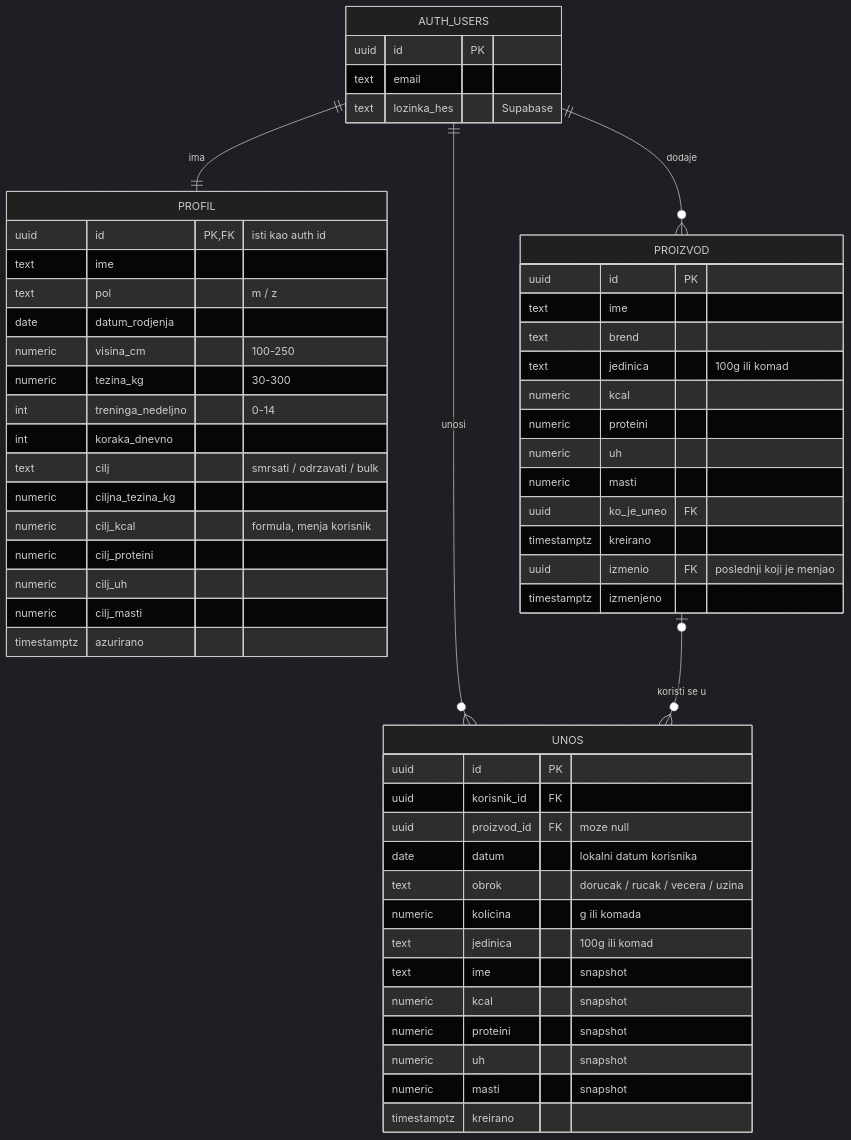
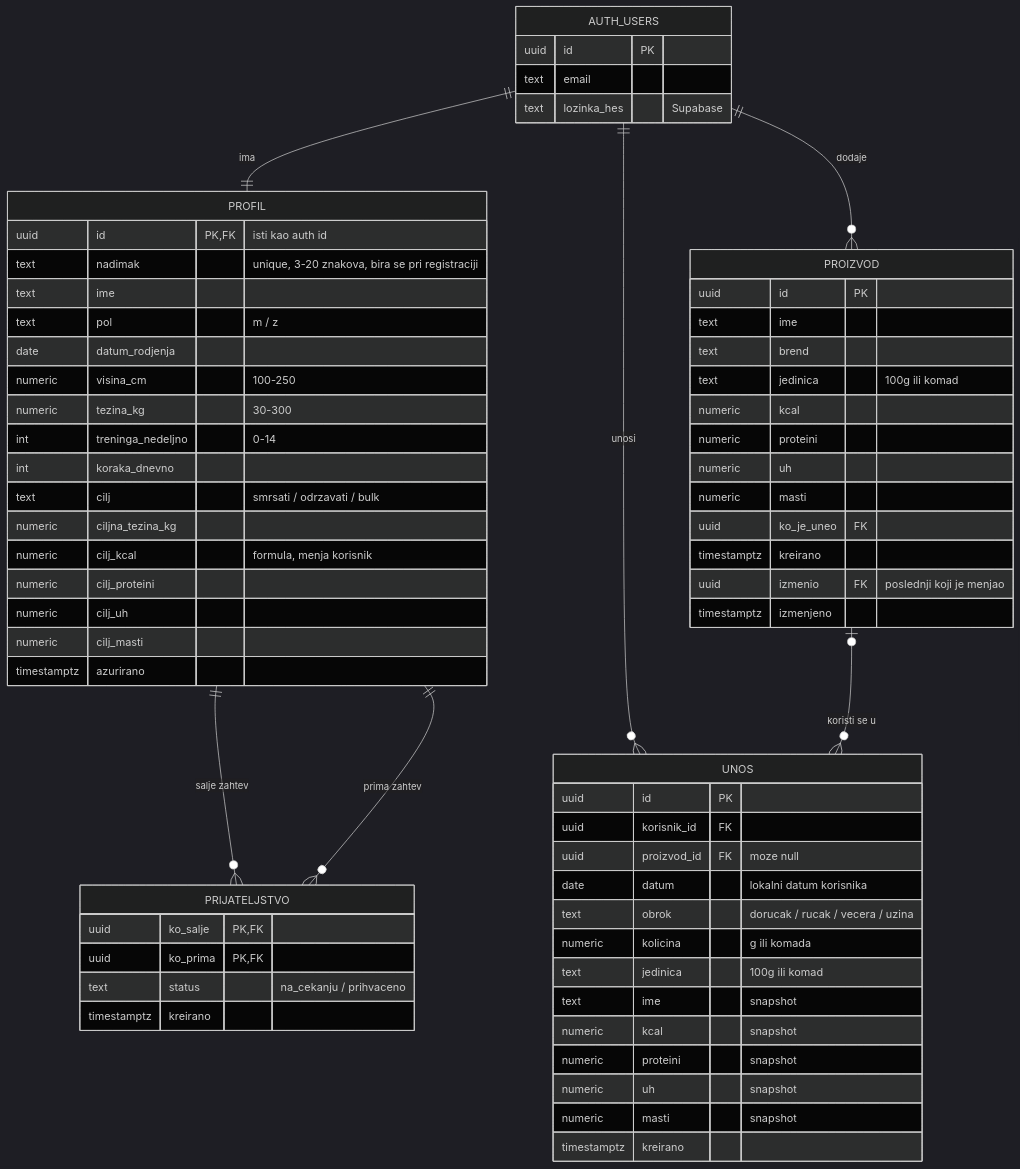
Before and after one commit to Du1eks/food-tracker: the diagram in docs/model.md, drawn with Mermaid (dark theme). The commit also changed other lines of this file and 2 other files, not shown here.

Commit message:
prijatelji: nadimak, prijateljstvo, RLS i dnevni zbir za rang listu

````diff
--- a/docs/model.md
+++ b/docs/model.md
@@ -3,58 +3,67 @@
 ```mermaid
 erDiagram
   AUTH_USERS ||--|| PROFIL : ima
   AUTH_USERS ||--o{ UNOS : unosi
   AUTH_USERS ||--o{ PROIZVOD : dodaje
   PROIZVOD |o--o{ UNOS : "koristi se u"
   AUTH_USERS {
     uuid id PK
     text email
     text lozinka_hes "Supabase"
   }
   PROFIL {
     uuid id PK,FK "isti kao auth id"
+    text nadimak "unique, 3-20 znakova, bira se pri registraciji"
     text ime
     text pol "m / z"
     date datum_rodjenja
     numeric visina_cm "100-250"
     numeric tezina_kg "30-300"
     int treninga_nedeljno "0-14"
     int koraka_dnevno
     text cilj "smrsati / odrzavati / bulk"
     numeric ciljna_tezina_kg
     numeric cilj_kcal "formula, menja korisnik"
     numeric cilj_proteini
     numeric cilj_uh
     numeric cilj_masti
     timestamptz azurirano
   }
   PROIZVOD {
     uuid id PK
     text ime
     text brend
     text jedinica "100g ili komad"
     numeric kcal
     numeric proteini
     numeric uh
     numeric masti
     uuid ko_je_uneo FK
     timestamptz kreirano
     uuid izmenio FK "poslednji koji je menjao"
     timestamptz izmenjeno
   }
+  PROFIL ||--o{ PRIJATELJSTVO : "salje zahtev"
+  PROFIL ||--o{ PRIJATELJSTVO : "prima zahtev"
+  PRIJATELJSTVO {
+    uuid ko_salje PK,FK
+    uuid ko_prima PK,FK
+    text status "na_cekanju / prihvaceno"
+    timestamptz kreirano
+  }
   UNOS {
     uuid id PK
     uuid korisnik_id FK
     uuid proizvod_id FK "moze null"
     date datum "lokalni datum korisnika"
     text obrok "dorucak / rucak / vecera / uzina"
     numeric kolicina "g ili komada"
     text jedinica "100g ili komad"
     text ime "snapshot"
     numeric kcal "snapshot"
     numeric proteini "snapshot"
     numeric uh "snapshot"
     numeric masti "snapshot"
     timestamptz kreirano
   }
 ```
````
